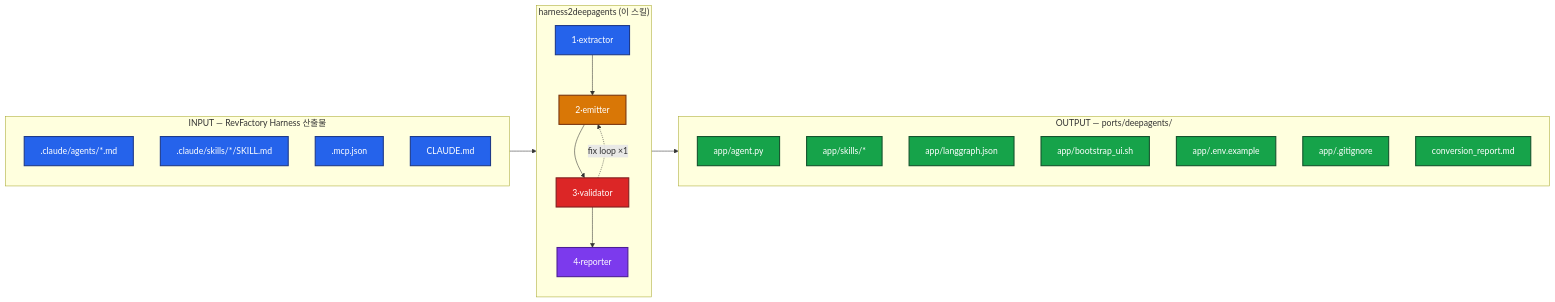
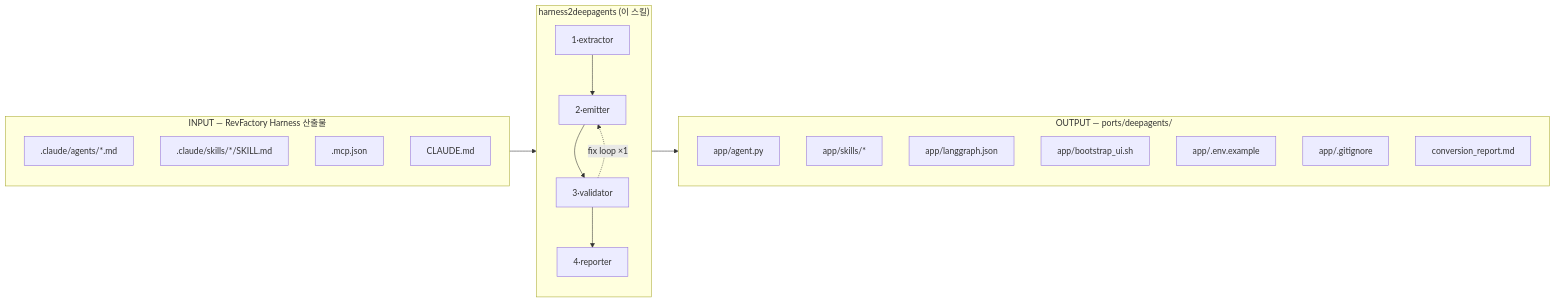
One commit to tykimos/harness2deepagents changed the first of 10 diagrams in README.md. Above: the diagram before and after it, drawn with Mermaid. The commit also changed other lines of this file and 1 other file, not shown here.

First line of the commit message:
style(readme): drop mermaid color styling, use default theme

````diff
--- a/README.md
+++ b/README.md
@@ -19,37 +17,32 @@
 ```mermaid
 flowchart LR
-    classDef inp fill:#2563eb,color:#fff,stroke:#1e3a8a,stroke-width:2px
-    classDef proc fill:#d97706,color:#fff,stroke:#78350f,stroke-width:2px
-    classDef val fill:#dc2626,color:#fff,stroke:#7f1d1d,stroke-width:2px
-    classDef out fill:#16a34a,color:#fff,stroke:#14532d,stroke-width:2px
-    classDef rep fill:#7c3aed,color:#fff,stroke:#4c1d95,stroke-width:2px
 
     subgraph SRC["INPUT — RevFactory Harness 산출물"]
-        A1[".claude/agents/*.md"]:::inp
-        A2[".claude/skills/*/SKILL.md"]:::inp
-        A3[".mcp.json"]:::inp
-        A4["CLAUDE.md"]:::inp
+        A1[".claude/agents/*.md"]
+        A2[".claude/skills/*/SKILL.md"]
+        A3[".mcp.json"]
+        A4["CLAUDE.md"]
     end
 
     subgraph H2D["harness2deepagents (이 스킬)"]
         direction TB
-        E1["1·extractor"]:::inp
-        E2["2·emitter"]:::proc
-        E3["3·validator"]:::val
-        E4["4·reporter"]:::rep
+        E1["1·extractor"]
+        E2["2·emitter"]
+        E3["3·validator"]
+        E4["4·reporter"]
         E1 --> E2 --> E3 --> E4
         E3 -. "fix loop ×1" .-> E2
     end
 
     subgraph OUT["OUTPUT — ports/deepagents/"]
-        O1["app/agent.py"]:::out
-        O2["app/skills/*"]:::out
-        O3["app/langgraph.json"]:::out
-        O4["app/bootstrap_ui.sh"]:::out
-        O5["app/.env.example"]:::out
-        O6["app/.gitignore"]:::out
-        O7["conversion_report.md"]:::out
+        O1["app/agent.py"]
+        O2["app/skills/*"]
+        O3["app/langgraph.json"]
+        O4["app/bootstrap_ui.sh"]
+        O5["app/.env.example"]
+        O6["app/.gitignore"]
+        O7["conversion_report.md"]
     end
 
     SRC --> H2D --> OUT
 ```
````
